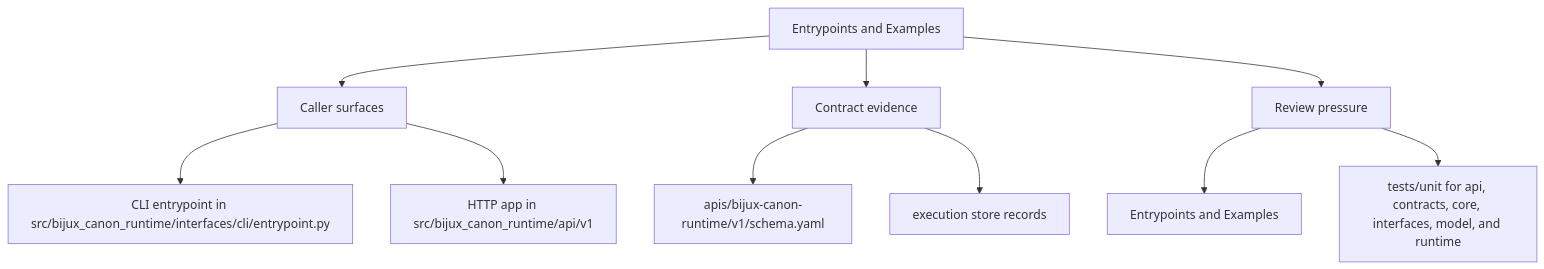
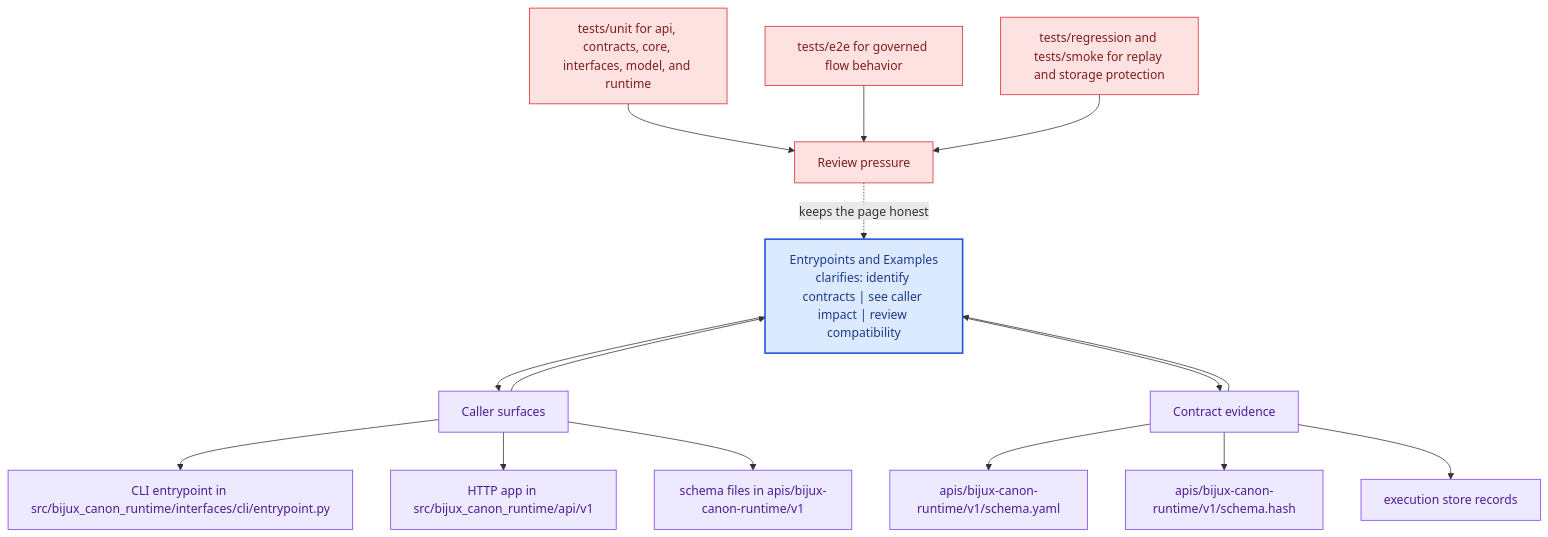
One commit to bijux/bijux-canon changed the second of 2 diagrams in docs/bijux-canon-runtime/interfaces/entrypoints-and-examples.md. Above: the diagram before and after it, drawn with Mermaid. The commit also changed other lines of this file and 281 other files, not shown here.

Commit message:
docs(diagrams): deepen handbook mermaid maps across the catalog

````diff
--- a/docs/bijux-canon-runtime/interfaces/entrypoints-and-examples.md
+++ b/docs/bijux-canon-runtime/interfaces/entrypoints-and-examples.md
@@ -34,22 +67,41 @@
 ```mermaid
-flowchart TD
-    page["Entrypoints and Examples"]
+flowchart TB
+    promise["Entrypoints and Examples<br/>clarifies: identify contracts | see caller impact | review compatibility"]
+    classDef promise fill:#dbeafe,stroke:#1d4ed8,color:#1e3a8a,stroke-width:2px;
+    classDef driver fill:#dcfce7,stroke:#16a34a,color:#14532d;
+    classDef constraint fill:#fee2e2,stroke:#dc2626,color:#7f1d1d;
+    classDef ground fill:#ede9fe,stroke:#7c3aed,color:#4c1d95;
     focus1["Caller surfaces"]
-    page --> focus1
+    focus1 --> promise
+    promise --> focus1
     focus1_1["CLI entrypoint in src/bijux_canon_runtime/interfaces/cli/entrypoint.py"]
     focus1 --> focus1_1
     focus1_2["HTTP app in src/bijux_canon_runtime/api/v1"]
     focus1 --> focus1_2
+    focus1_3["schema files in apis/bijux-canon-runtime/v1"]
+    focus1 --> focus1_3
+    class focus1 ground;
+    class focus1_1,focus1_2,focus1_3 ground;
     focus2["Contract evidence"]
-    page --> focus2
+    focus2 --> promise
+    promise --> focus2
     focus2_1["apis/bijux-canon-runtime/v1/schema.yaml"]
     focus2 --> focus2_1
-    focus2_2["execution store records"]
+    focus2_2["apis/bijux-canon-runtime/v1/schema.hash"]
     focus2 --> focus2_2
+    focus2_3["execution store records"]
+    focus2 --> focus2_3
+    class focus2 ground;
+    class focus2_1,focus2_2,focus2_3 ground;
     focus3["Review pressure"]
-    page --> focus3
-    focus3_1["Entrypoints and Examples"]
-    focus3 --> focus3_1
-    focus3_2["tests/unit for api, contracts, core, interfaces, model, and runtime"]
-    focus3 --> focus3_2
+    focus3 -.keeps the page honest.-> promise
+    focus3_1["tests/unit for api, contracts, core, interfaces, model, and runtime"]
+    focus3_1 --> focus3
+    focus3_2["tests/e2e for governed flow behavior"]
+    focus3_2 --> focus3
+    focus3_3["tests/regression and tests/smoke for replay and storage protection"]
+    focus3_3 --> focus3
+    class focus3 constraint;
+    class focus3_1,focus3_2,focus3_3 constraint;
+    class promise promise;
 ```
````
